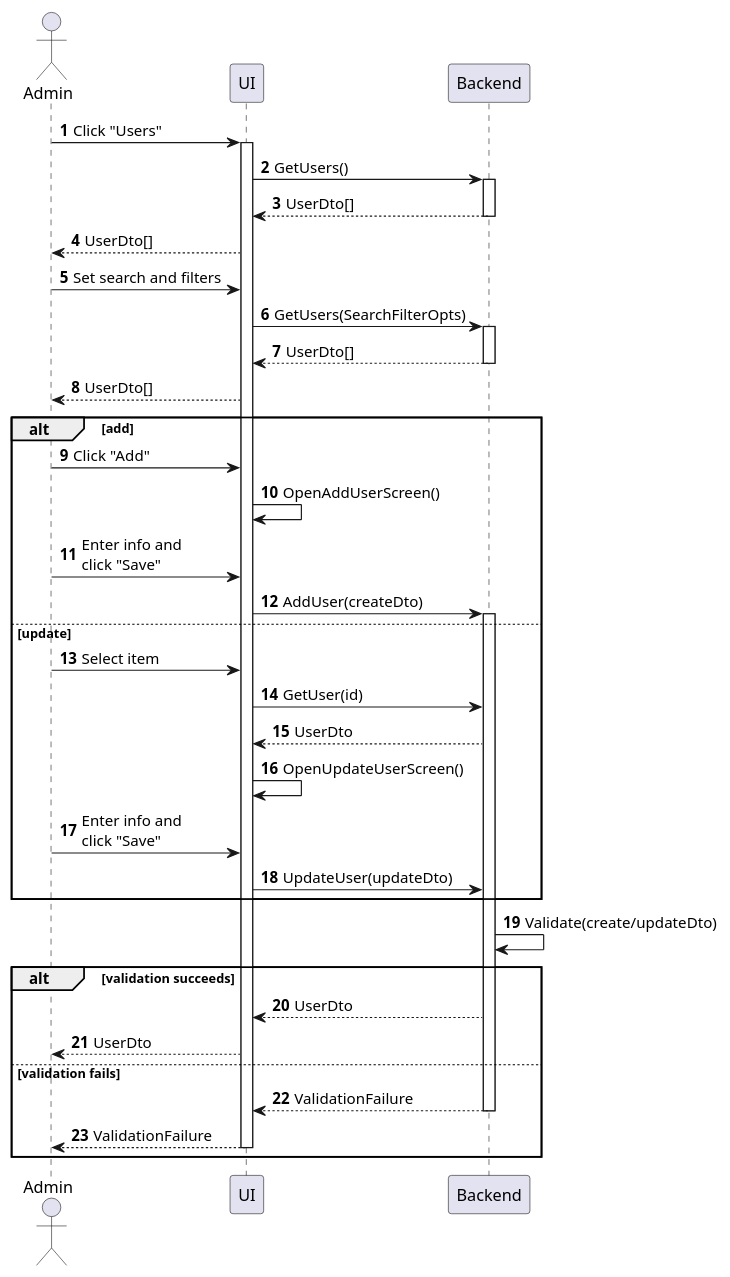
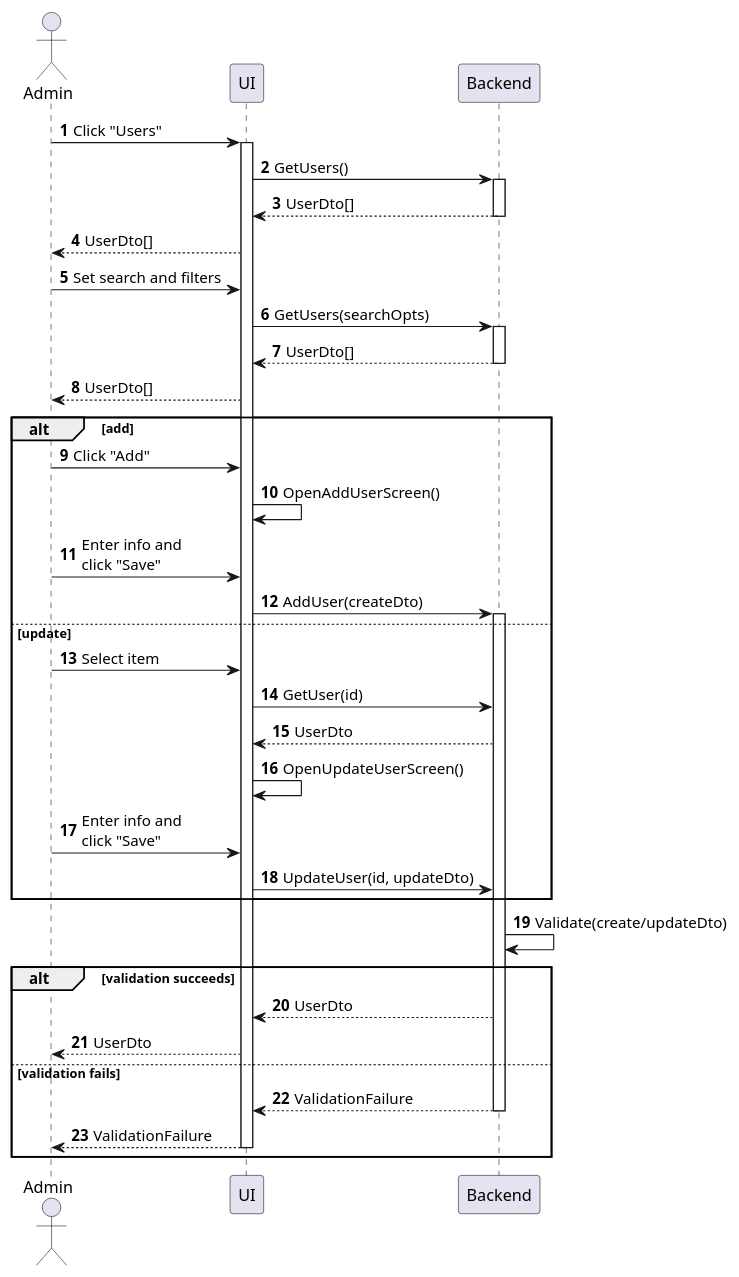
Before and after one commit to phihungha/scmss-reqs: the diagram in sequences/user-manage.plantuml, drawn with PlantUML. The commit also changed 19 other files, not shown here.

```diff
--- a/sequences/user-manage.plantuml
+++ b/sequences/user-manage.plantuml
@@ -1,44 +1,44 @@
 @startuml user-manage
 autonumber
 
 actor "Admin" as a
 participant UI as f
 participant Backend as b
 
 a -> f : Click "Users"
 activate f
 f -> b : GetUsers()
 activate b
 return UserDto[]
 f --> a : UserDto[]
 a -> f : Set search and filters
-f -> b : GetUsers(SearchFilterOpts)
+f -> b : GetUsers(searchOpts)
 activate b
 return UserDto[]
 f --> a : UserDto[]
 
 alt add
     a -> f : Click "Add"
     f -> f : OpenAddUserScreen()
     a -> f : Enter info and\nclick "Save"
     f -> b : AddUser(createDto)
     activate b
 else update
     a -> f : Select item
     f -> b : GetUser(id)
     b --> f : UserDto
     f -> f : OpenUpdateUserScreen()
     a -> f : Enter info and\nclick "Save"
-    f -> b : UpdateUser(updateDto)
+    f -> b : UpdateUser(id, updateDto)
 end
 
 b -> b : Validate(create/updateDto)
 
 alt validation succeeds
     b --> f : UserDto
     f --> a : UserDto
 else validation fails
     return ValidationFailure
     return ValidationFailure
 end
 @enduml
```
